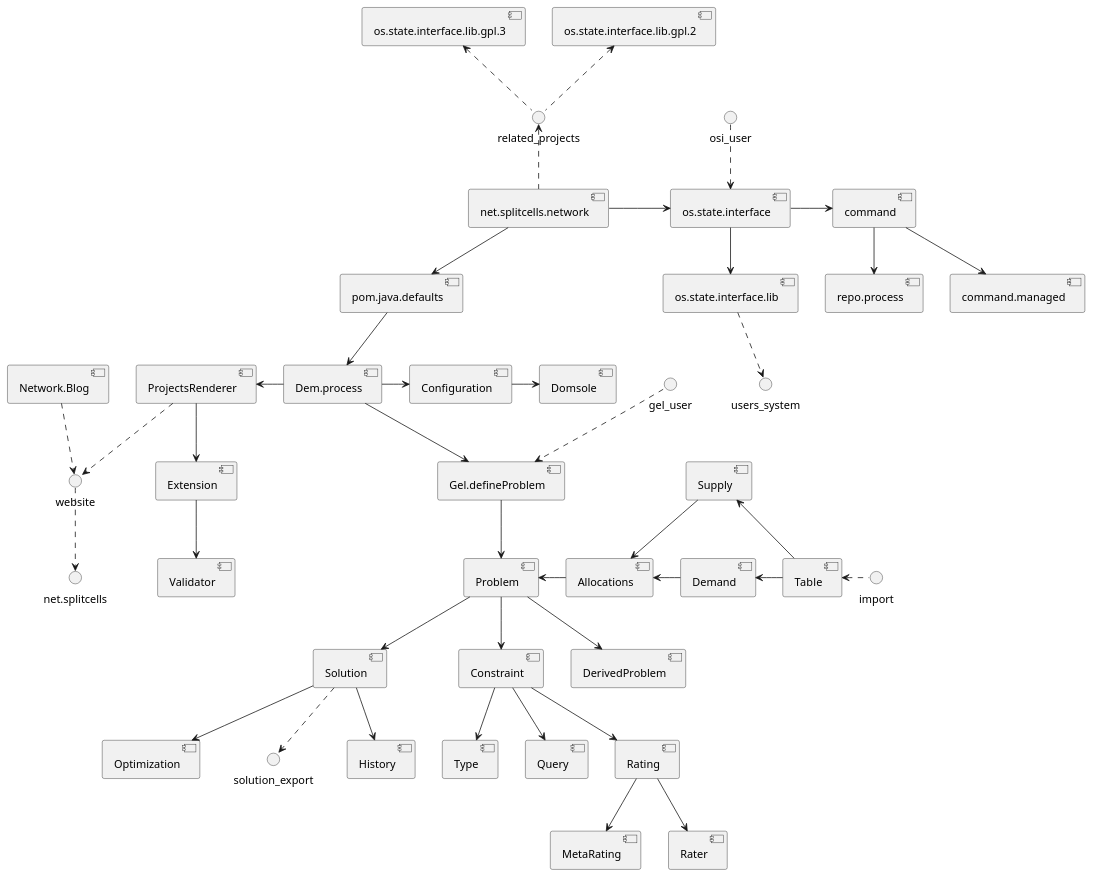
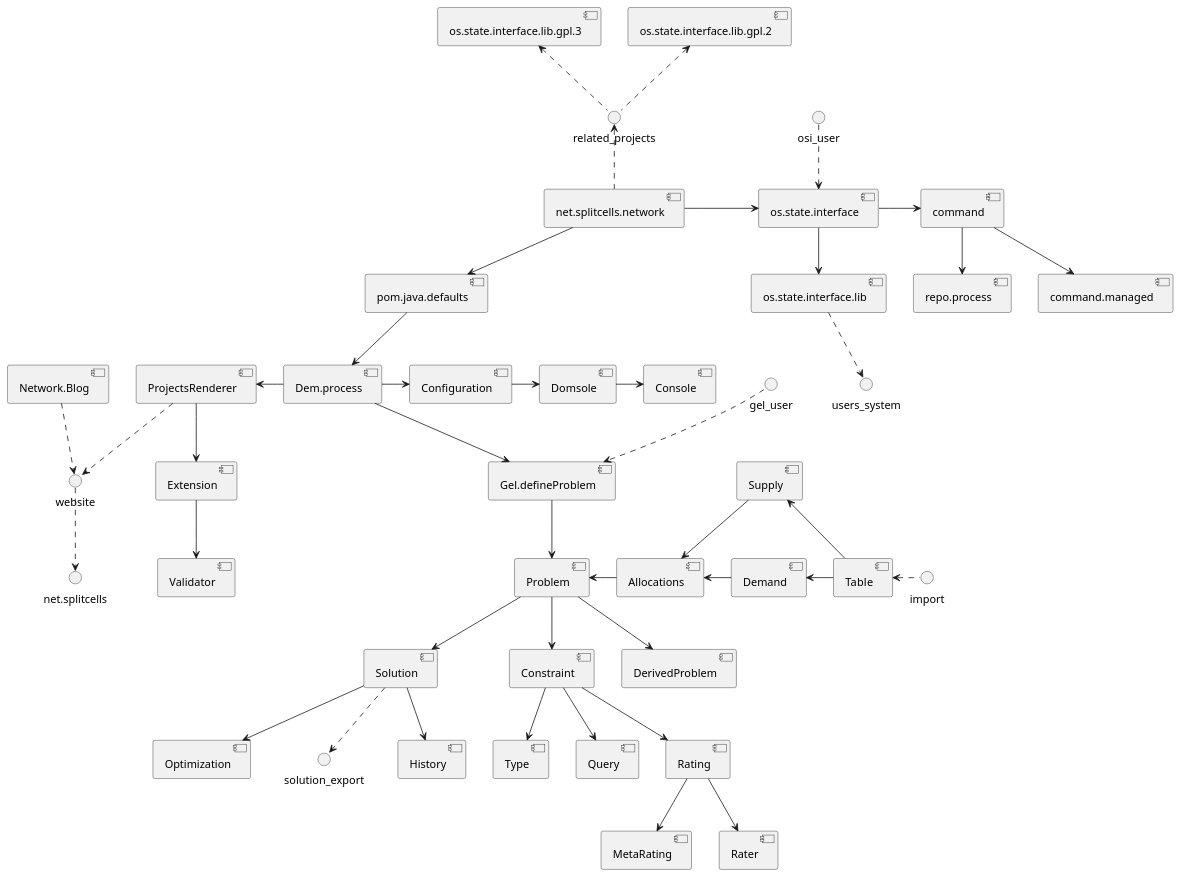
One commit to www-splitcells-net/net.splitcells.network changed the first of 2 diagrams in src/main/md/net/splitcells/network/overview.md. Above: the diagram before and after it, drawn with PlantUML.

Commit message:
Add component to overview.

````diff
--- a/src/main/md/net/splitcells/network/overview.md
+++ b/src/main/md/net/splitcells/network/overview.md
@@ -11,50 +11,49 @@
-```puml
 @startuml
 
 [net.splitcells.network] .up.> related_projects
 related_projects .up.> [os.state.interface.lib.gpl.2]
 related_projects .up.> [os.state.interface.lib.gpl.3]
 [net.splitcells.network] -down-> [pom.java.defaults]
 
 [pom.java.defaults] -down-> [Dem.process]
 [Dem.process] -right-> [Configuration]
 [Configuration] -right-> [Domsole]
+[Domsole] -right-> [Console]
 [Dem.process] -down-> [Gel.defineProblem]
 gel_user .down.> [Gel.defineProblem]
 [Gel.defineProblem] -down-> [Problem]
 [Problem] -down-> [Solution]
 [Solution] -down-> [Optimization]
 [Solution] .down.> solution_export
 [Solution] -down-> [History]
 
 import .left.> [Table]
 [Table] -left-> [Supply]
 [Table] -left-> [Demand]
 [Supply] -down-> [Allocations]
 [Demand] -left-> [Allocations]
 [Allocations] -left-> [Problem]
 [Problem] -down-> [Constraint]
 [Problem] -down-> [DerivedProblem]
 [Constraint] -down-> [Type]
 [Constraint] -down-> [Query]
 [Constraint] -down-> [Rating]
 [Rating] -down-> [MetaRating]
 [Rating] -down-> [Rater]
 
 [net.splitcells.network] -right-> [os.state.interface]
 osi_user .down.> [os.state.interface]
 [os.state.interface] -down-> [os.state.interface.lib]
 [os.state.interface] -right-> [command]
 [command] -down-> [repo.process]
 [command] -down-> [command.managed]
 [os.state.interface.lib] .down.> users_system
 
 [Dem.process] -left-> [ProjectsRenderer]
 [ProjectsRenderer] .down.> website
 [ProjectsRenderer] -down-> [Extension]
 [Extension] -down-> [Validator]
 [Network.Blog] .down.> website
 website .down.> net.splitcells
 
 @enduml
-```
````
